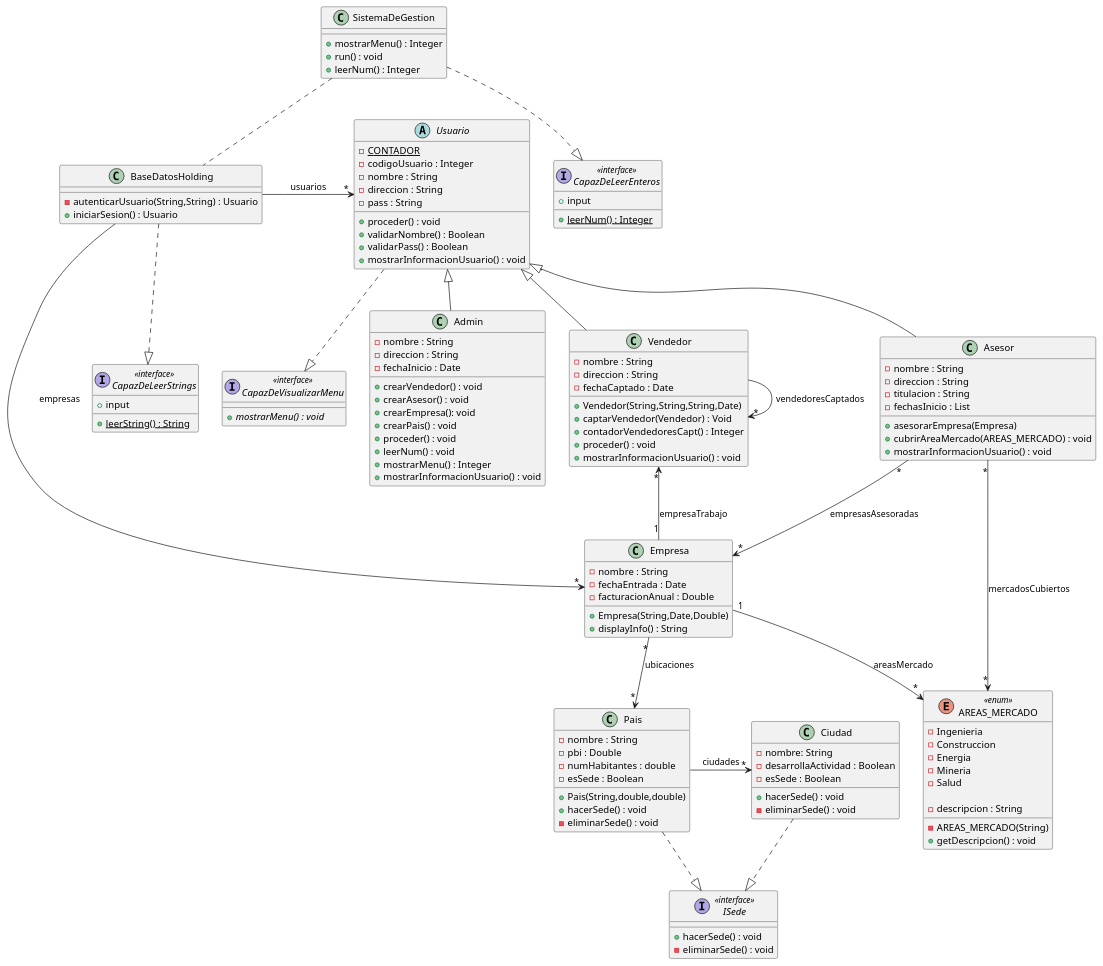
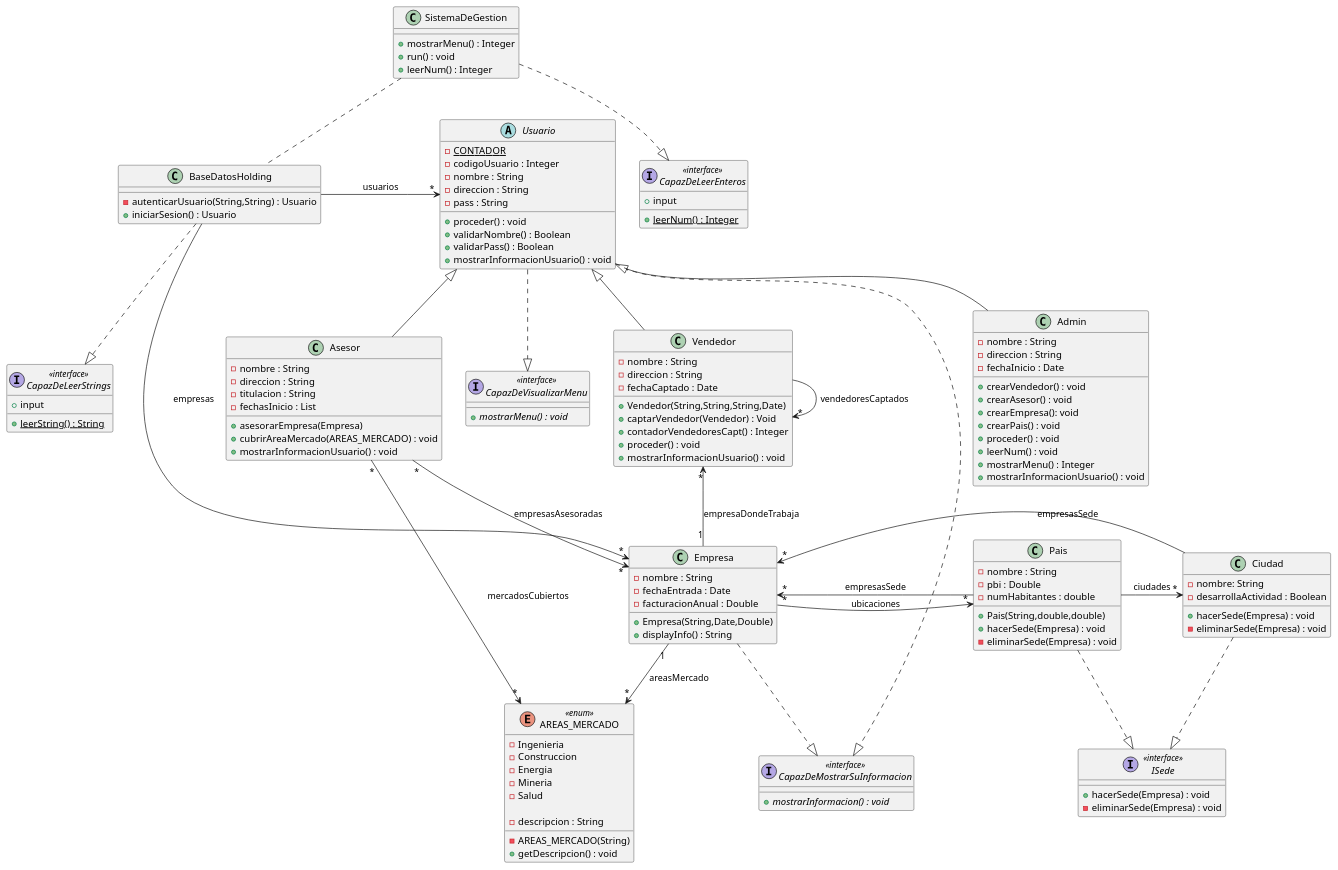
The diagram in proyecto-programacion2/src/holding/diagrama-de-clases.puml (maxi-stein/Proyecto-Programacion-2), drawn with PlantUML before and after one commit. The commit also changed 1 other file, not shown here.

Commit message:
Se agrega la interfaz CapazDeMostrarSuInfformacion

```diff
--- a/proyecto-programacion2/src/holding/diagrama-de-clases.puml
+++ b/proyecto-programacion2/src/holding/diagrama-de-clases.puml
@@ -1,142 +1,148 @@
 @startuml
 class SistemaDeGestion{
 +mostrarMenu() : Integer
 +run() : void
 +leerNum() : Integer
 }
 
 class BaseDatosHolding{
 -autenticarUsuario(String,String) : Usuario
 +iniciarSesion() : Usuario
 }
 
 abstract Usuario{
 -{static} CONTADOR
 -codigoUsuario : Integer
 -nombre : String
 -direccion : String
 -pass : String
 
 +proceder() : void
 +validarNombre() : Boolean
 +validarPass() : Boolean
 +mostrarInformacionUsuario() : void
 }
 
 class Vendedor extends Usuario{
     -nombre : String
     -direccion : String
     -fechaCaptado : Date
     +Vendedor(String,String,String,Date)
     +captarVendedor(Vendedor) : Void
     +contadorVendedoresCapt() : Integer
     +proceder() : void
     +mostrarInformacionUsuario() : void
 
 }
 
 class Empresa{
     -nombre : String
     -fechaEntrada : Date
     -facturacionAnual : Double
     +Empresa(String,Date,Double)
     +displayInfo() : String
 }
 
 enum  AREAS_MERCADO <<enum>> {
     -Ingenieria
     -Construccion
     -Energia
     -Mineria
     -Salud
 
     -descripcion : String
 
     -AREAS_MERCADO(String)
     +getDescripcion() : void
 
 }
 
 class Pais{
     -nombre : String
     -pbi : Double
     -numHabitantes : double
-    -esSede : Boolean
 
     +Pais(String,double,double)
-    +hacerSede() : void
-    -eliminarSede() : void
+    +hacerSede(Empresa) : void
+    -eliminarSede(Empresa) : void
 }
 
 class Ciudad{
     -nombre: String
     -desarrollaActividad : Boolean
-    -esSede : Boolean
 
-    +hacerSede() : void
-    -eliminarSede() : void
+    +hacerSede(Empresa) : void
+    -eliminarSede(Empresa) : void
 }
 
 interface ISede <<interface>>{
-    +hacerSede() : void
-    -eliminarSede() : void
+    +hacerSede(Empresa) : void
+    -eliminarSede(Empresa) : void
 }
 
 interface CapazDeLeerEnteros <<interface>>{
     +input
     +{static} leerNum() : Integer
 }
 
 interface CapazDeLeerStrings <<interface>>{
     +input
     +{static} leerString() : String
 }
 
 interface CapazDeVisualizarMenu <<interface>>{
     +{abstract} mostrarMenu() : void
+}
+
+interface CapazDeMostrarSuInformacion <<interface>>{
+    +{abstract} mostrarInformacion() : void
 }
 
 class Asesor extends Usuario{
 -nombre : String
 -direccion : String
 -titulacion : String
 -fechasInicio : List
 +asesorarEmpresa(Empresa)
 +cubrirAreaMercado(AREAS_MERCADO) : void
 +mostrarInformacionUsuario() : void
 
 }
 
 class Admin extends Usuario{
 -nombre : String
 -direccion : String
 -fechaInicio : Date
 +crearVendedor() : void
 +crearAsesor() : void
 +crearEmpresa(): void
 +crearPais() : void
 +proceder() : void
 +leerNum() : void
 +mostrarMenu() : Integer
 +mostrarInformacionUsuario() : void
 }
 
 
 SistemaDeGestion -. BaseDatosHolding
 SistemaDeGestion -.|> CapazDeLeerEnteros
 BaseDatosHolding -> "*" Usuario : usuarios
 BaseDatosHolding -> "*" Empresa : empresas
 BaseDatosHolding -.|> CapazDeLeerStrings
 Usuario -.|> CapazDeVisualizarMenu
-Vendedor "*"<-- "1" Empresa : empresaTrabajo
+Usuario -.|> CapazDeMostrarSuInformacion
+Vendedor "*"<-- "1" Empresa : empresaDondeTrabaja
 Vendedor -> "*" Vendedor : vendedoresCaptados
 Empresa "1"--> "*" AREAS_MERCADO : areasMercado
 Empresa "*" --> "*" Pais : ubicaciones
+Empresa -.|> CapazDeMostrarSuInformacion
 Pais -> "*" Ciudad : ciudades
 Pais -.|> ISede
+Pais -> "*" Empresa : empresasSede
 Ciudad -.|> ISede
+Ciudad -> "*" Empresa : empresasSede
 Asesor "*"--> "*" AREAS_MERCADO : mercadosCubiertos
 Asesor "*" --> "*" Empresa : empresasAsesoradas
 
 
 @enduml
```
